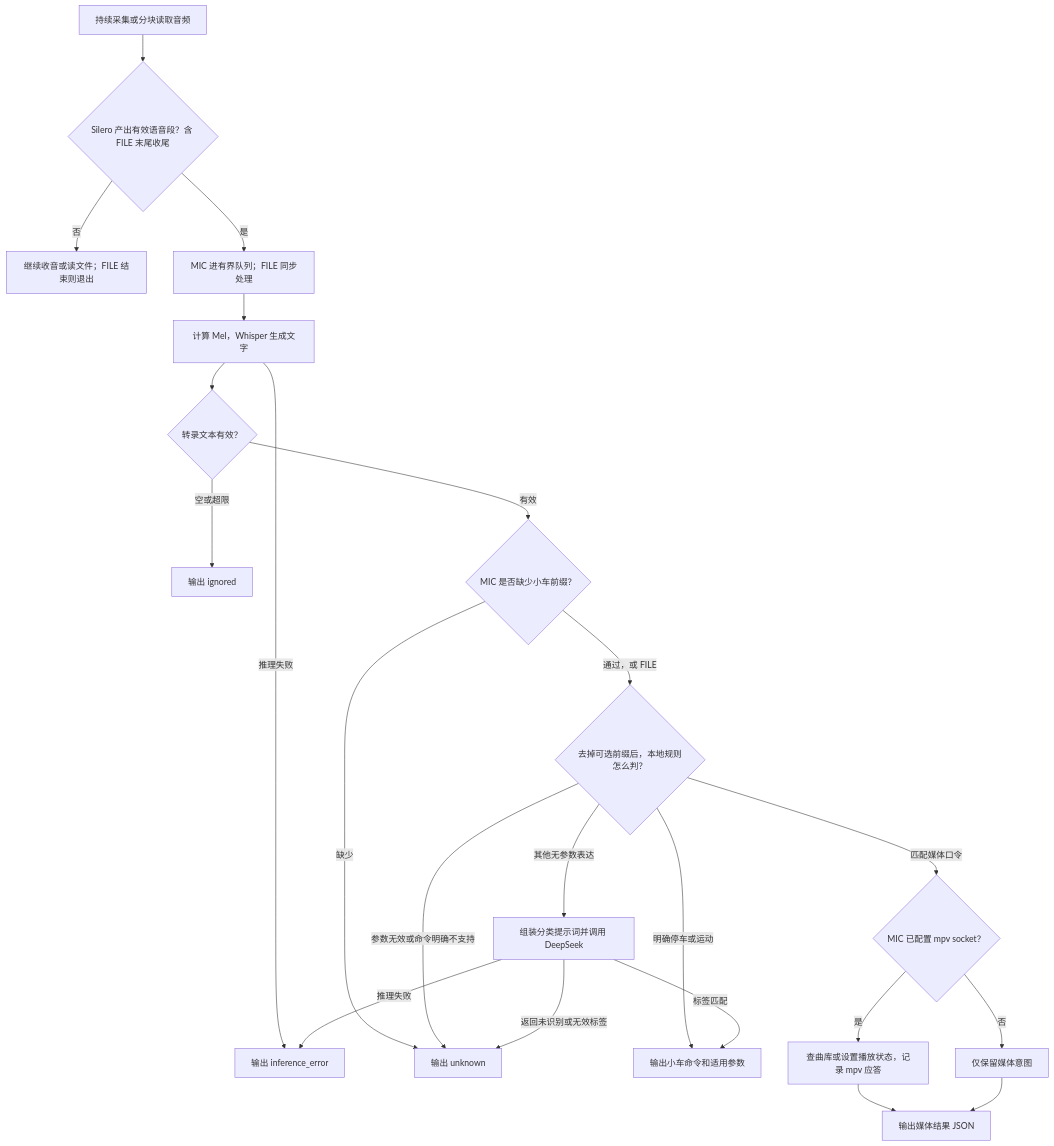
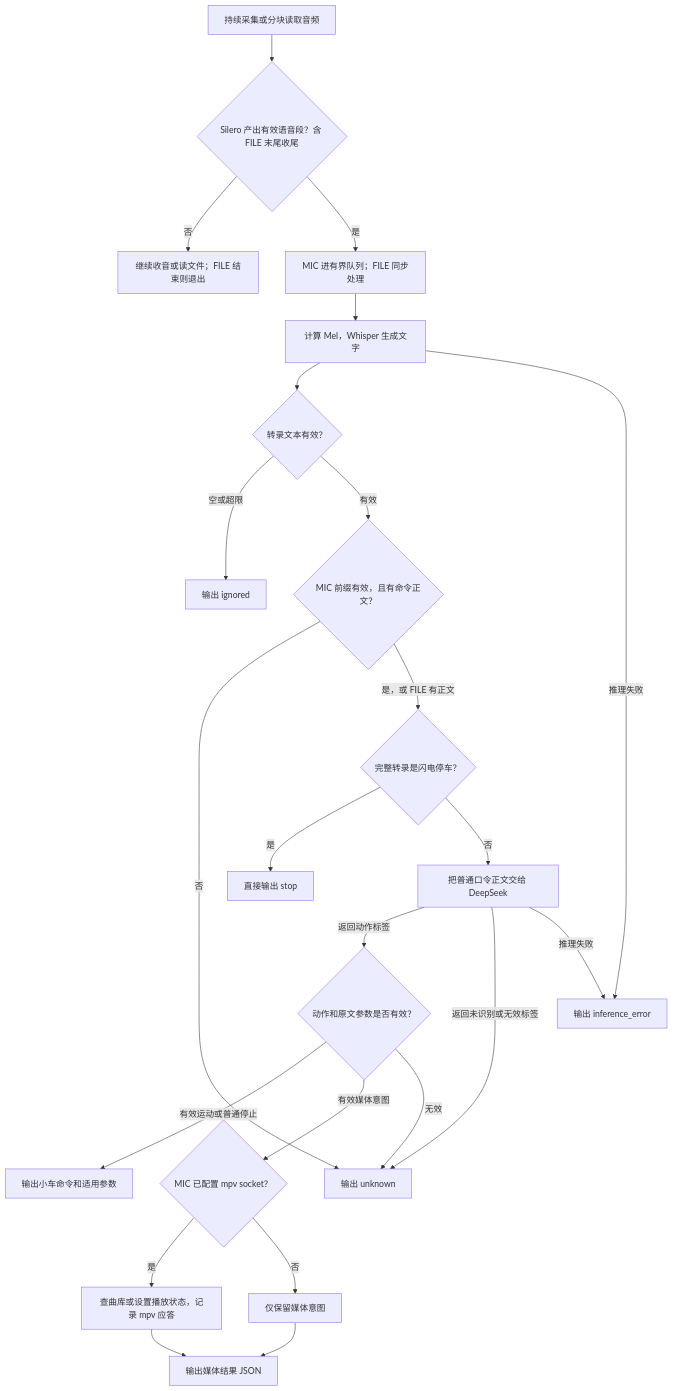
One commit to hhlqwq/models_deploy changed the second of 3 diagrams in demo/smart_car/voice_control/docs/flow.md. Above: the diagram before and after it, drawn with Mermaid. The commit also changed other lines of this file and 5 other files, not shown here.

````diff
--- a/demo/smart_car/voice_control/docs/flow.md
+++ b/demo/smart_car/voice_control/docs/flow.md
@@ -49,24 +51,25 @@
 ```mermaid
 flowchart TD
     Audio["持续采集或分块读取音频"] --> Segment{"Silero 产出有效语音段？含 FILE 末尾收尾"}
     Segment -->|"否"| More["继续收音或读文件；FILE 结束则退出"]
     Segment -->|"是"| Queue["MIC 进有界队列；FILE 同步处理"]
     Queue --> Whisper["计算 Mel，Whisper 生成文字"]
     Whisper --> Valid{"转录文本有效？"}
     Whisper -->|"推理失败"| Error["输出 inference_error"]
     Valid -->|"空或超限"| Ignored["输出 ignored"]
-    Valid -->|"有效"| Wake{"MIC 是否缺少小车前缀？"}
-    Wake -->|"缺少"| Unknown["输出 unknown"]
-    Wake -->|"通过，或 FILE"| Rules{"去掉可选前缀后，本地规则怎么判？"}
-    Rules -->|"明确停车或运动"| Motion["输出小车命令和适用参数"]
-    Rules -->|"参数无效或命令明确不支持"| Unknown
-    Rules -->|"匹配媒体口令"| Playback{"MIC 已配置 mpv socket？"}
+    Valid -->|"有效"| Wake{"MIC 前缀有效，且有命令正文？"}
+    Wake -->|"否"| Unknown["输出 unknown"]
+    Wake -->|"是，或 FILE 有正文"| Emergency{"完整转录是闪电停车？"}
+    Emergency -->|"是"| Stop["直接输出 stop"]
+    Emergency -->|"否"| DeepSeek["把普通口令正文交给 DeepSeek"]
+    DeepSeek -->|"返回动作标签"| Verify{"动作和原文参数是否有效？"}
+    Verify -->|"有效运动或普通停止"| Motion["输出小车命令和适用参数"]
+    Verify -->|"有效媒体意图"| Playback{"MIC 已配置 mpv socket？"}
+    Verify -->|"无效"| Unknown
     Playback -->|"是"| IPC["查曲库或设置播放状态，记录 mpv 应答"]
     Playback -->|"否"| Intent["仅保留媒体意图"]
     IPC --> Media["输出媒体结果 JSON"]
     Intent --> Media
-    Rules -->|"其他无参数表达"| DeepSeek["组装分类提示词并调用 DeepSeek"]
-    DeepSeek -->|"标签匹配"| Motion
     DeepSeek -->|"返回未识别或无效标签"| Unknown
     DeepSeek -->|"推理失败"| Error
 ```
````
